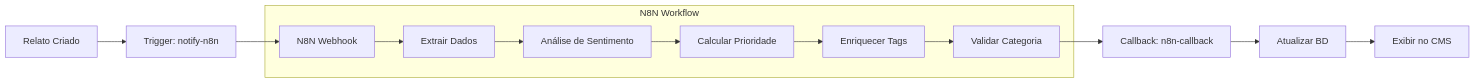
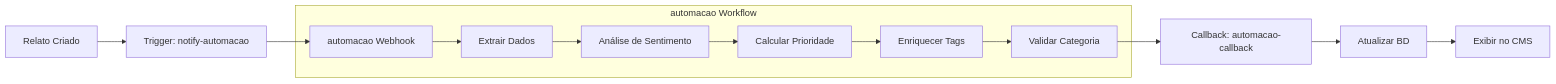
One commit to MTechnologia/camana-na-mao changed diagram 15 of 21 in docs/AI_ORCHESTRATOR_SPECIFICATION.md. Above: the diagram before and after it, drawn with Mermaid. The commit also changed other lines of this file and 77 other files, not shown here.

````diff
--- a/docs/AI_ORCHESTRATOR_SPECIFICATION.md
+++ b/docs/AI_ORCHESTRATOR_SPECIFICATION.md
@@ -3851,17 +3851,17 @@
 ```mermaid
 flowchart LR
-    A[Relato Criado] --> B[Trigger: notify-n8n]
-    B --> C[N8N Webhook]
+    A[Relato Criado] --> B[Trigger: notify-automacao]
+    B --> C[automacao Webhook]
     
-    subgraph N8N Workflow
+    subgraph automacao Workflow
         C --> D[Extrair Dados]
         D --> E[Análise de Sentimento]
         E --> F[Calcular Prioridade]
         F --> G[Enriquecer Tags]
         G --> H[Validar Categoria]
     end
     
-    H --> I[Callback: n8n-callback]
+    H --> I[Callback: automacao-callback]
     I --> J[Atualizar BD]
     J --> K[Exibir no CMS]
 ```
````
